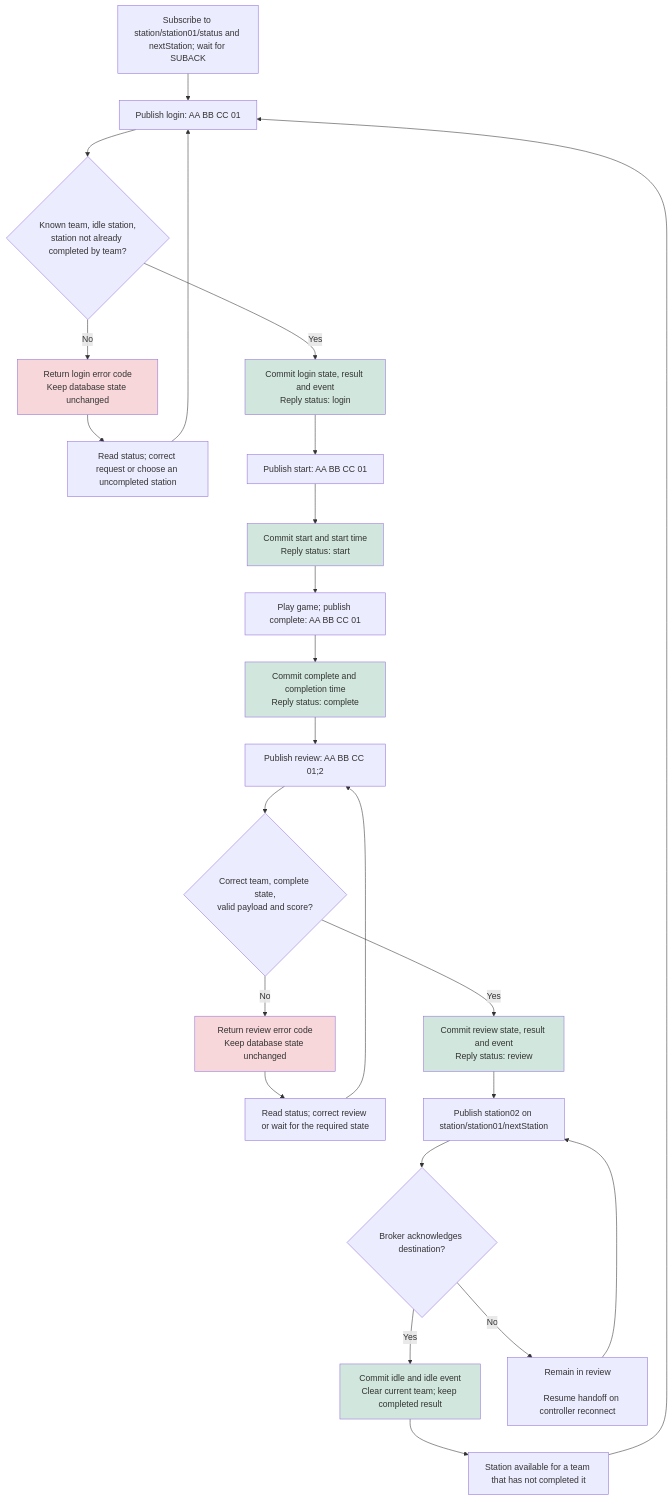
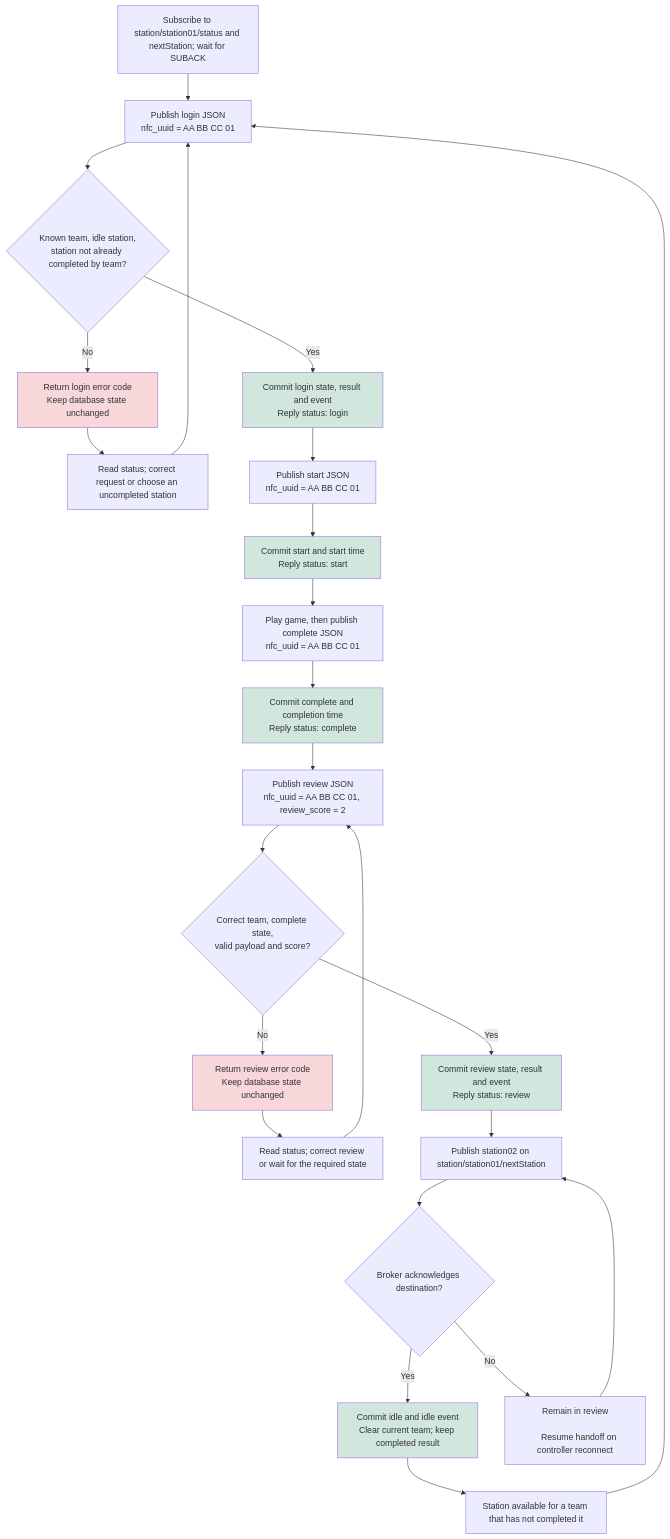
One commit to GnomUltras/backend changed the sixth of 6 diagrams in README.md. Above: the diagram before and after it, drawn with Mermaid. The commit also changed other lines of this file and 3 other files, not shown here.

````diff
--- a/README.md
+++ b/README.md
@@ -742,32 +767,32 @@
 ```mermaid
 flowchart TD
-    A["Subscribe to station/station01/status and nextStation; wait for SUBACK"] --> B["Publish login: AA BB CC 01"]
+    A["Subscribe to station/station01/status and nextStation; wait for SUBACK"] --> B["Publish login JSON<br/>nfc_uuid = AA BB CC 01"]
     B --> C{"Known team, idle station,<br/>station not already completed by team?"}
     C -->|No| D["Return login error code<br/>Keep database state unchanged"]
     D --> E["Read status; correct request or choose an uncompleted station"]
     E --> B
     C -->|Yes| F["Commit login state, result and event<br/>Reply status: login"]
-    F --> G["Publish start: AA BB CC 01"]
+    F --> G["Publish start JSON<br/>nfc_uuid = AA BB CC 01"]
     G --> H["Commit start and start time<br/>Reply status: start"]
-    H --> I["Play game; publish complete: AA BB CC 01"]
+    H --> I["Play game, then publish complete JSON<br/>nfc_uuid = AA BB CC 01"]
     I --> J["Commit complete and completion time<br/>Reply status: complete"]
-    J --> K["Publish review: AA BB CC 01;2"]
+    J --> K["Publish review JSON<br/>nfc_uuid = AA BB CC 01, review_score = 2"]
     K --> L{"Correct team, complete state,<br/>valid payload and score?"}
     L -->|No| M["Return review error code<br/>Keep database state unchanged"]
     M --> N["Read status; correct review or wait for the required state"]
     N --> K
     L -->|Yes| O["Commit review state, result and event<br/>Reply status: review"]
     O --> P["Publish station02 on station/station01/nextStation"]
     P --> Q{"Broker acknowledges destination?"}
     Q -->|Yes| R["Commit idle and idle event<br/>Clear current team; keep completed result"]
     Q -->|No| S["Remain in review<br/> 
     Resume handoff on controller reconnect"]
     S --> P
     R --> T["Station available for a team that has not completed it"]
     T --> B
 
     classDef rejected fill:#f8d7da;
     classDef accepted fill:#d1e7dd;
     class D,M rejected;
     class F,H,J,O,R accepted;
 ```
````
